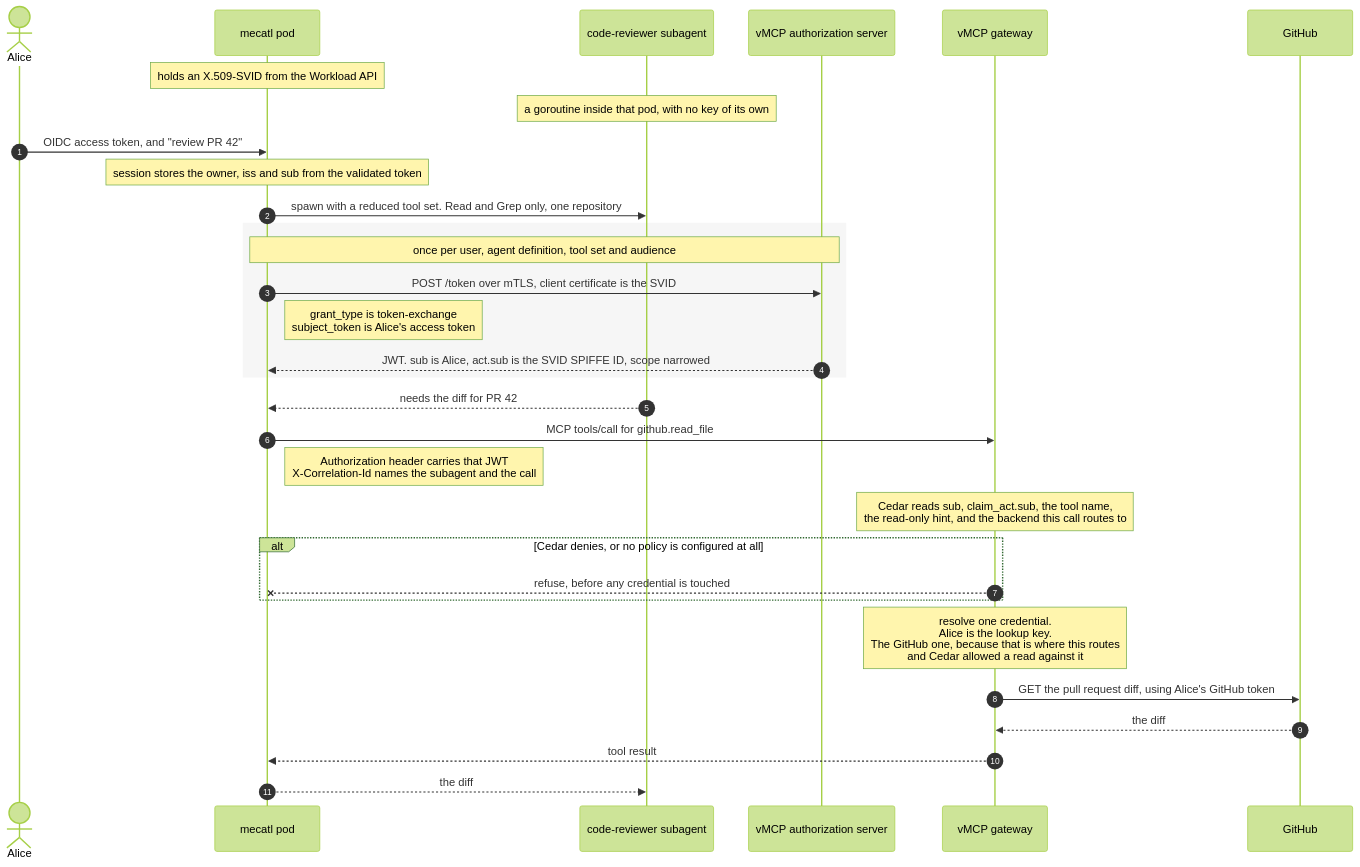
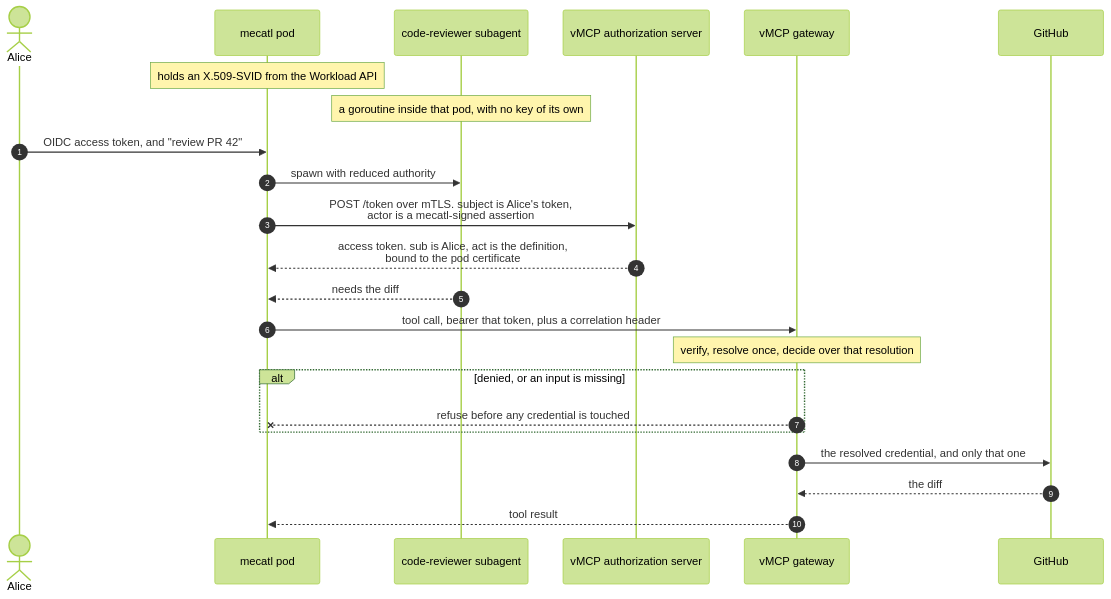
One commit to sabbanis/mecatl changed the diagram in docs/agent-identity-outbound.md. Above: the diagram before and after it, drawn with Mermaid (forest theme). The commit also changed other lines of this file, not shown here.

First line of the commit message:
docs(agent-identity): restructure, and correct three more false claims

````diff
--- a/docs/agent-identity-outbound.md
+++ b/docs/agent-identity-outbound.md
@@ -11,40 +96,27 @@
 ```mermaid
 sequenceDiagram
     autonumber
     actor Alice
     participant M as mecatl pod
     participant S as code-reviewer subagent
     participant AS as vMCP authorization server
     participant G as vMCP gateway
     participant B as GitHub
 
     Note over M: holds an X.509-SVID from the Workload API
     Note over S: a goroutine inside that pod, with no key of its own
 
     Alice->>M: OIDC access token, and "review PR 42"
-    Note over M: session stores the owner, iss and sub from the validated token
-
-    M->>S: spawn with a reduced tool set. Read and Grep only, one repository
-
-    rect rgba(128,128,128,0.07)
-    Note over M,AS: once per user, agent definition, tool set and audience
-    M->>AS: POST /token over mTLS, client certificate is the SVID
-    Note right of M: grant_type is token-exchange<br/>subject_token is Alice's access token
-    AS-->>M: JWT. sub is Alice, act.sub is the SVID SPIFFE ID, scope narrowed
+    M->>S: spawn with reduced authority
+    M->>AS: POST /token over mTLS. subject is Alice's token,<br/>actor is a mecatl-signed assertion
+    AS-->>M: access token. sub is Alice, act is the definition,<br/>bound to the pod certificate
+    S-->>M: needs the diff
+    M->>G: tool call, bearer that token, plus a correlation header
+    Note over G: verify, resolve once, decide over that resolution
+    alt denied, or an input is missing
+        G--xM: refuse before any credential is touched
     end
-
-    S-->>M: needs the diff for PR 42
-    M->>G: MCP tools/call for github.read_file
-    Note right of M: Authorization header carries that JWT<br/>X-Correlation-Id names the subagent and the call
-
-    Note over G: Cedar reads sub, claim_act.sub, the tool name,<br/>the read-only hint, and the backend this call routes to
-    alt Cedar denies, or no policy is configured at all
-        G--xM: refuse, before any credential is touched
-    end
-
-    Note over G: resolve one credential.<br/>Alice is the lookup key.<br/>The GitHub one, because that is where this routes<br/>and Cedar allowed a read against it
-    G->>B: GET the pull request diff, using Alice's GitHub token
+    G->>B: the resolved credential, and only that one
     B-->>G: the diff
     G-->>M: tool result
-    M-->>S: the diff
 ```
````
